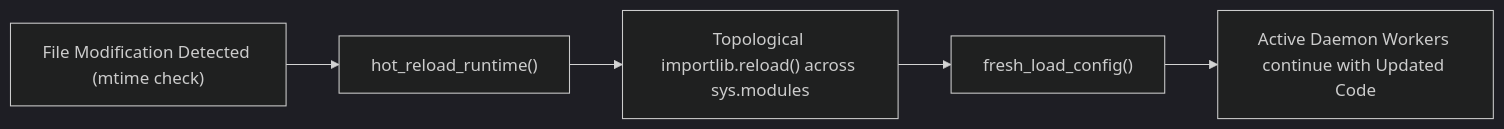
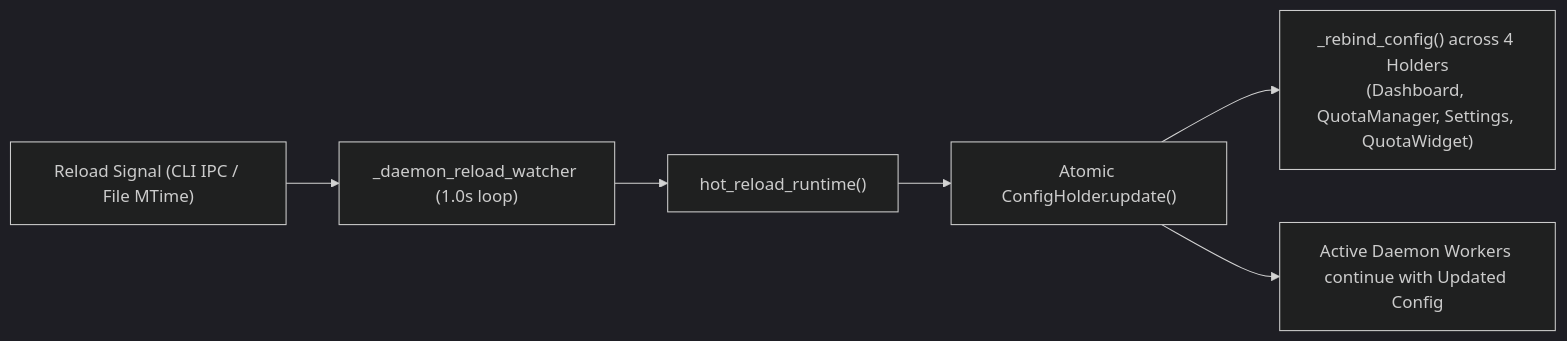
Before and after one commit to AntaresAndBharani/graph-engineering: the fifth of 5 diagrams in .graph/architecture.md, drawn with Mermaid (dark theme). The commit also changed other lines of this file and 4 other files, not shown here.

````diff
--- a/.graph/architecture.md
+++ b/.graph/architecture.md
@@ -325,7 +330,8 @@
 ```mermaid
 flowchart LR
-    FileModified["File Modification Detected (mtime check)"] --> Reloader["hot_reload_runtime()"]
-    Reloader --> TopoReload["Topological importlib.reload() across sys.modules"]
-    TopoReload --> FreshConfig["fresh_load_config()"]
-    FreshConfig --> ActiveWorkers["Active Daemon Workers continue with Updated Code"]
+    ReloadSignal["Reload Signal (CLI IPC / File MTime)"] --> Watcher["_daemon_reload_watcher (1.0s loop)"]
+    Watcher --> Reloader["hot_reload_runtime()"]
+    Reloader --> ConfigHolderUpdate["Atomic ConfigHolder.update()"]
+    ConfigHolderUpdate --> RebindUI["_rebind_config() across 4 Holders\n(Dashboard, QuotaManager, Settings, QuotaWidget)"]
+    ConfigHolderUpdate --> ActiveWorkers["Active Daemon Workers continue with Updated Config"]
 ```
````
